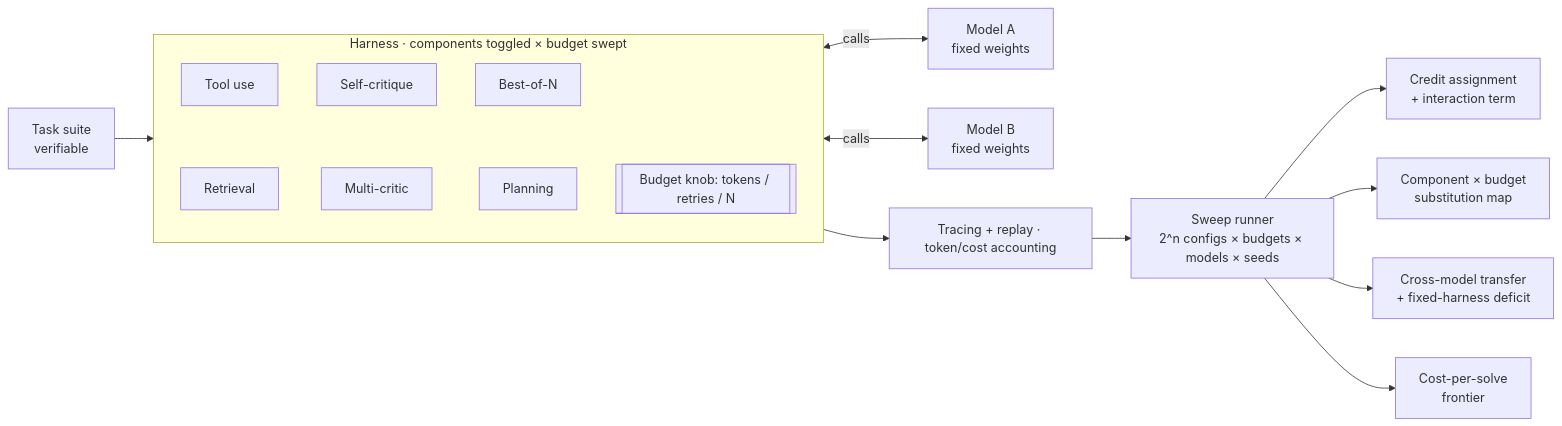
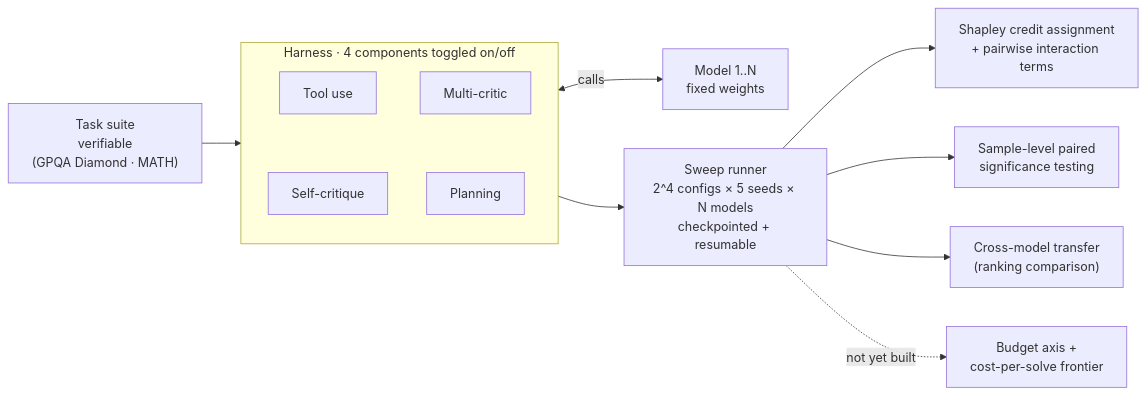
The diagram in README.md (nicolu0/elicitation-harness), drawn with Mermaid before and after one commit. The commit also changed other lines of this file and 2 other files, not shown here.

````diff
--- a/README.md
+++ b/README.md
@@ -79,19 +79,15 @@
 ```mermaid
 flowchart LR
-    T["Task suite\nverifiable"] --> S
-    subgraph S[Harness · components toggled × budget swept]
+    T["Task suite\nverifiable\n(GPQA Diamond · MATH)"] --> S
+    subgraph S[Harness · 4 components toggled on/off]
       direction TB
-      C1[Tool use] ~~~ C2[Retrieval]
-      C3[Self-critique] ~~~ C4[Multi-critic]
-      C5[Best-of-N] ~~~ C6[Planning]
-      B[[Budget knob: tokens / retries / N]]
+      C1[Tool use] ~~~ C2[Self-critique]
+      C3[Multi-critic] ~~~ C4[Planning]
     end
-    S <-->|calls| M1["Model A\nfixed weights"]
-    S <-->|calls| M2["Model B\nfixed weights"]
-    S --> TR[Tracing + replay · token/cost accounting]
-    TR --> R["Sweep runner\n2^n configs × budgets × models × seeds"]
-    R --> A1["Credit assignment\n+ interaction term"]
-    R --> A2["Component × budget\nsubstitution map"]
-    R --> A3["Cross-model transfer\n+ fixed-harness deficit"]
-    R --> A4["Cost-per-solve\nfrontier"]
+    S <-->|calls| M["Model 1..N\nfixed weights"]
+    S --> R["Sweep runner\n2^4 configs × 5 seeds × N models\ncheckpointed + resumable"]
+    R --> A1["Shapley credit assignment\n+ pairwise interaction terms"]
+    R --> A2["Sample-level paired\nsignificance testing"]
+    R --> A3["Cross-model transfer\n(ranking comparison)"]
+    R -.->|not yet built| A4["Budget axis +\ncost-per-solve frontier"]
 ```
````
